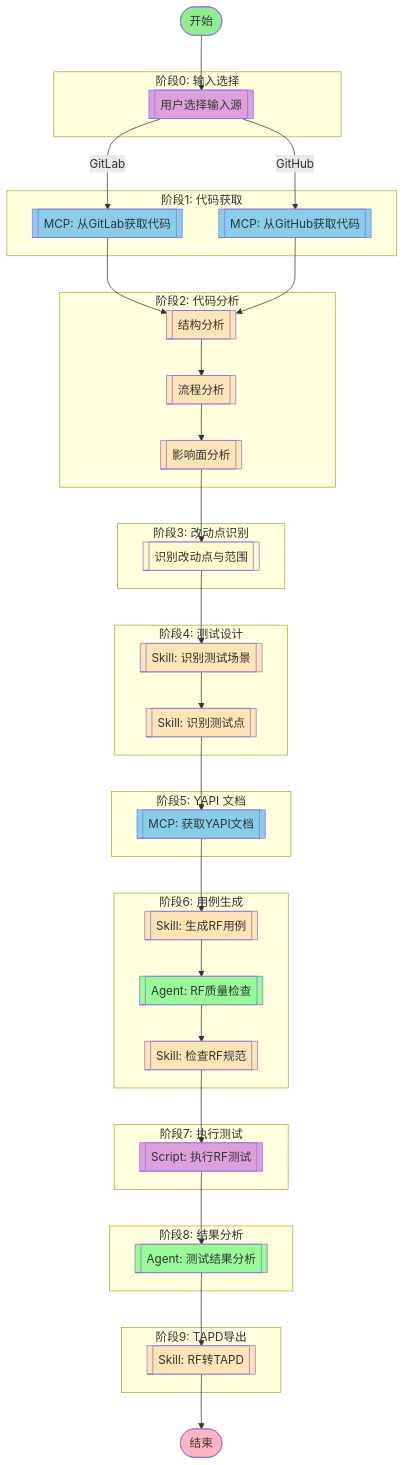
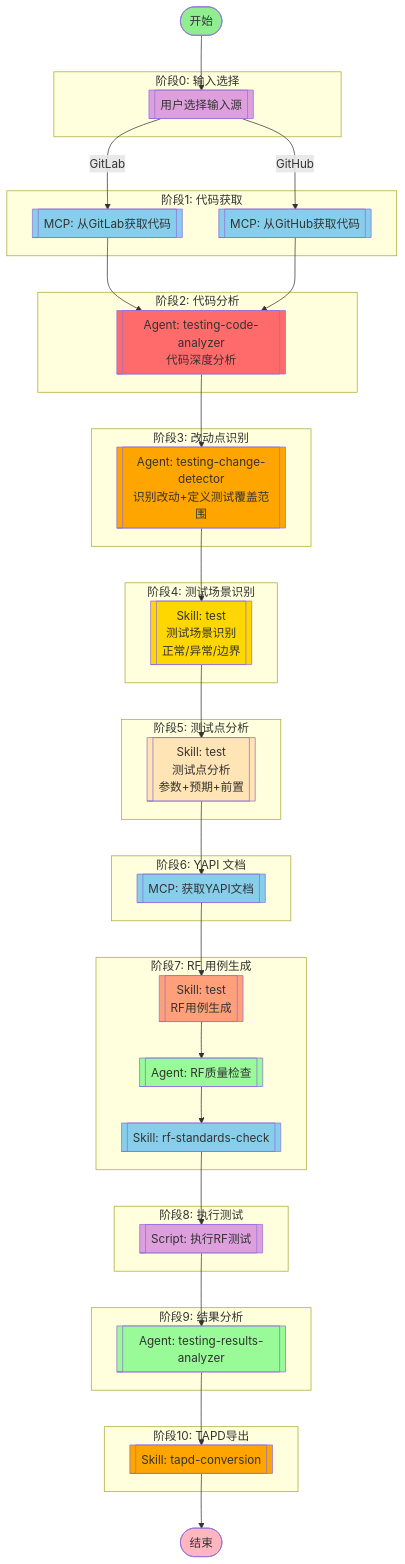
Before and after one commit to JoeyTrribbiani/rf-testing-plugin: the diagram in 05-plugins/rf-testing/workflows/code-based-test-pipeline.md, drawn with Mermaid. The commit also changed other lines of this file and 1 other file, not shown here.

First line of the commit message:
refactor: 优化 GitLab 流程职责划分，分离改动点识别和 RF 用例生成

````diff
--- a/05-plugins/rf-testing/workflows/code-based-test-pipeline.md
+++ b/05-plugins/rf-testing/workflows/code-based-test-pipeline.md
@@ -18,51 +18,50 @@
     end
 
     subgraph 阶段2["阶段2: 代码分析"]
-        analysis_structure[[结构分析]]
-        analysis_flow[[流程分析]]
-        analysis_impact[[影响面分析]]
+        agent_code_analyzer[[Agent: testing-code-analyzer<br/>代码深度分析]]
     end
 
     subgraph 阶段3["阶段3: 改动点识别"]
-        change_detect[[识别改动点与范围]]
+        agent_change_detect[[Agent: testing-change-detector<br/>识别改动+定义测试覆盖范围]]
     end
 
-    subgraph 阶段4["阶段4: 测试设计"]
-        skill_scenario[[Skill: 识别测试场景]]
-        skill_points[[Skill: 识别测试点]]
+    subgraph 阶段4["阶段4: 测试场景识别"]
+        skill_scenario[[Skill: test<br/>测试场景识别<br/>正常/异常/边界]]
     end
 
-    subgraph 阶段5["阶段5: YAPI 文档"]
+    subgraph 阶段5["阶段5: 测试点分析"]
+        skill_points[[Skill: test<br/>测试点分析<br/>参数+预期+前置]]
+    end
+
+    subgraph 阶段6["阶段6: YAPI 文档"]
         mcp_yapi[[MCP: 获取YAPI文档]]
     end
 
-    subgraph 阶段6["阶段6: 用例生成"]
-        skill_generation[[Skill: 生成RF用例]]
+    subgraph 阶段7["阶段7: RF 用例生成"]
+        skill_generation[[Skill: test<br/>RF用例生成]]
         agent_rf_qa[[Agent: RF质量检查]]
-        skill_validation[[Skill: 检查RF规范]]
+        skill_validation[[Skill: rf-standards-check]]
     end
 
-    subgraph 阶段7["阶段7: 执行测试"]
+    subgraph 阶段8["阶段8: 执行测试"]
         script_execute[[Script: 执行RF测试]]
     end
 
-    subgraph 阶段8["阶段8: 结果分析"]
-        agent_results[[Agent: 测试结果分析]]
+    subgraph 阶段9["阶段9: 结果分析"]
+        agent_results[[Agent: testing-results-analyzer]]
     end
 
-    subgraph 阶段9["阶段9: TAPD导出"]
-        skill_conversion[[Skill: RF转TAPD]]
+    subgraph 阶段10["阶段10: TAPD导出"]
+        skill_conversion[[Skill: tapd-conversion]]
     end
 
     start_node --> input_select
     input_select -->|GitLab| mcp_gitlab
     input_select -->|GitHub| mcp_github
-    mcp_gitlab --> analysis_structure
-    mcp_github --> analysis_structure
-    analysis_structure --> analysis_flow
-    analysis_flow --> analysis_impact
-    analysis_impact --> change_detect
-    change_detect --> skill_scenario
+    mcp_gitlab --> agent_code_analyzer
+    mcp_github --> agent_code_analyzer
+    agent_code_analyzer --> agent_change_detect
+    agent_change_detect --> skill_scenario
     skill_scenario --> skill_points
     skill_points --> mcp_yapi
     mcp_yapi --> skill_generation
@@ -79,16 +78,14 @@
     style mcp_gitlab fill:#87CEEB
     style mcp_github fill:#87CEEB
     style mcp_yapi fill:#87CEEB
-    style analysis_structure fill:#FFE4B5
-    style analysis_flow fill:#FFE4B5
-    style analysis_impact fill:#FFE4B5
-    style change_detect fill:#FFFACD
-    style skill_scenario fill:#FFE4B5
+    style agent_code_analyzer fill:#FF6B6B
+    style agent_change_detect fill:#FFA500
+    style skill_scenario fill:#FFD700
     style skill_points fill:#FFE4B5
-    style skill_generation fill:#FFE4B5
+    style skill_generation fill:#FFA07A
     style agent_rf_qa fill:#98FB98
-    style skill_validation fill:#FFE4B5
+    style skill_validation fill:#87CEEB
     style script_execute fill:#DDA0DD
     style agent_results fill:#98FB98
-    style skill_conversion fill:#FFE4B5
+    style skill_conversion fill:#FFA500
 ```
````
